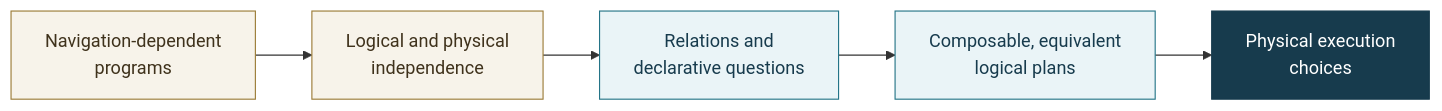
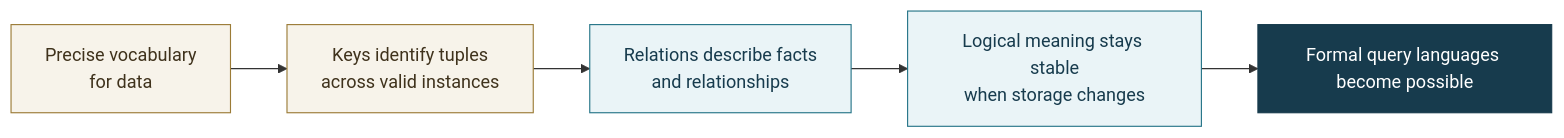
Before and after one commit to JacobDowns/CSCI340: the third of 3 diagrams in lectures/week-02-from-tables-to-relations.qmd, drawn with Mermaid. The commit also changed other lines of this file and 11 other files, not shown here.

````diff
--- a/lectures/week-02-from-tables-to-relations.qmd
+++ b/lectures/week-02-from-tables-to-relations.qmd
@@ -373,14 +308,14 @@
 ```{mermaid}
 flowchart LR
-    A["Navigation-dependent<br/>programs"] --> B["Logical and physical<br/>independence"]
-    B --> C["Relations and<br/>declarative questions"]
-    C --> D["Composable, equivalent<br/>logical plans"]
-    D --> E["Physical execution<br/>choices"]
+    A["Precise vocabulary<br/>for data"] --> B["Keys identify tuples<br/>across valid instances"]
+    B --> C["Relations describe facts<br/>and relationships"]
+    C --> D["Logical meaning stays stable<br/>when storage changes"]
+    D --> E["Formal query languages become possible"]
 
     classDef problem fill:#f7f3ea,stroke:#9b7b36,color:#3f321c;
     classDef idea fill:#eaf4f7,stroke:#247487,color:#173b4d;
     classDef outcome fill:#173b4d,stroke:#173b4d,color:#ffffff;
     class A,B problem;
     class C,D idea;
     class E outcome;
 ```
````
